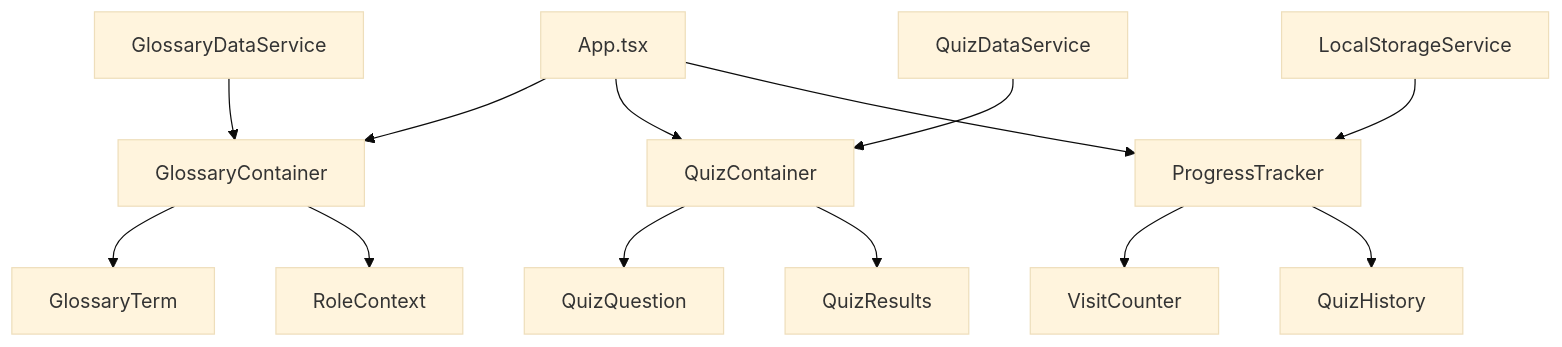
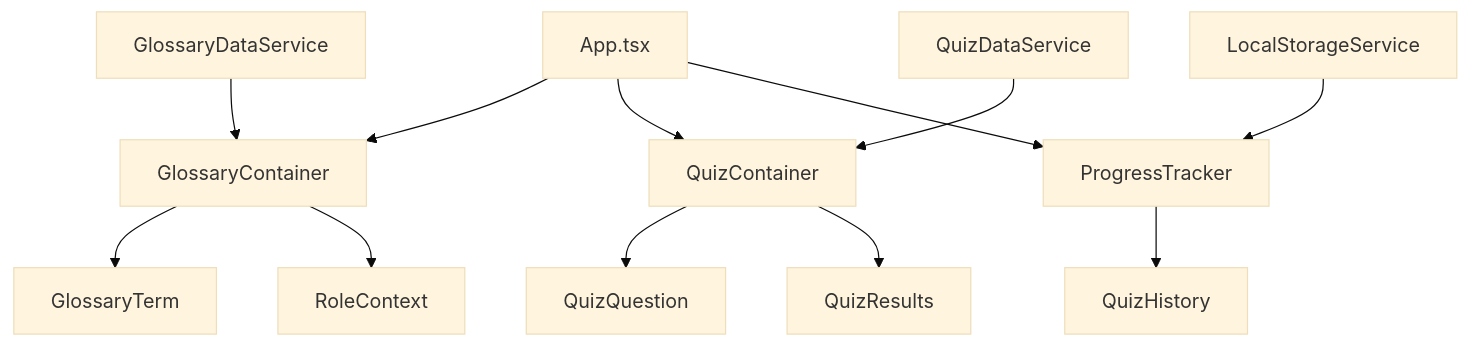
One commit to In-Time-Tec/ai-learning-portal changed the diagram in .kiro/specs/interactive-ai-glossary/design.md. Above: the diagram before and after it, drawn with Mermaid (base theme). The commit also changed other lines of this file and 33 other files, not shown here.

````diff
--- a/.kiro/specs/interactive-ai-glossary/design.md
+++ b/.kiro/specs/interactive-ai-glossary/design.md
@@ -13,19 +13,18 @@
 ```mermaid
 graph TB
     A[App.tsx] --> B[GlossaryContainer]
     A --> C[QuizContainer]
     A --> D[ProgressTracker]
     
     B --> E[GlossaryTerm]
     B --> F[RoleContext]
     
     C --> G[QuizQuestion]
     C --> H[QuizResults]
     
-    D --> I[VisitCounter]
     D --> J[QuizHistory]
     
     K[LocalStorageService] --> D
     L[QuizDataService] --> C
     M[GlossaryDataService] --> B
 ```
````
